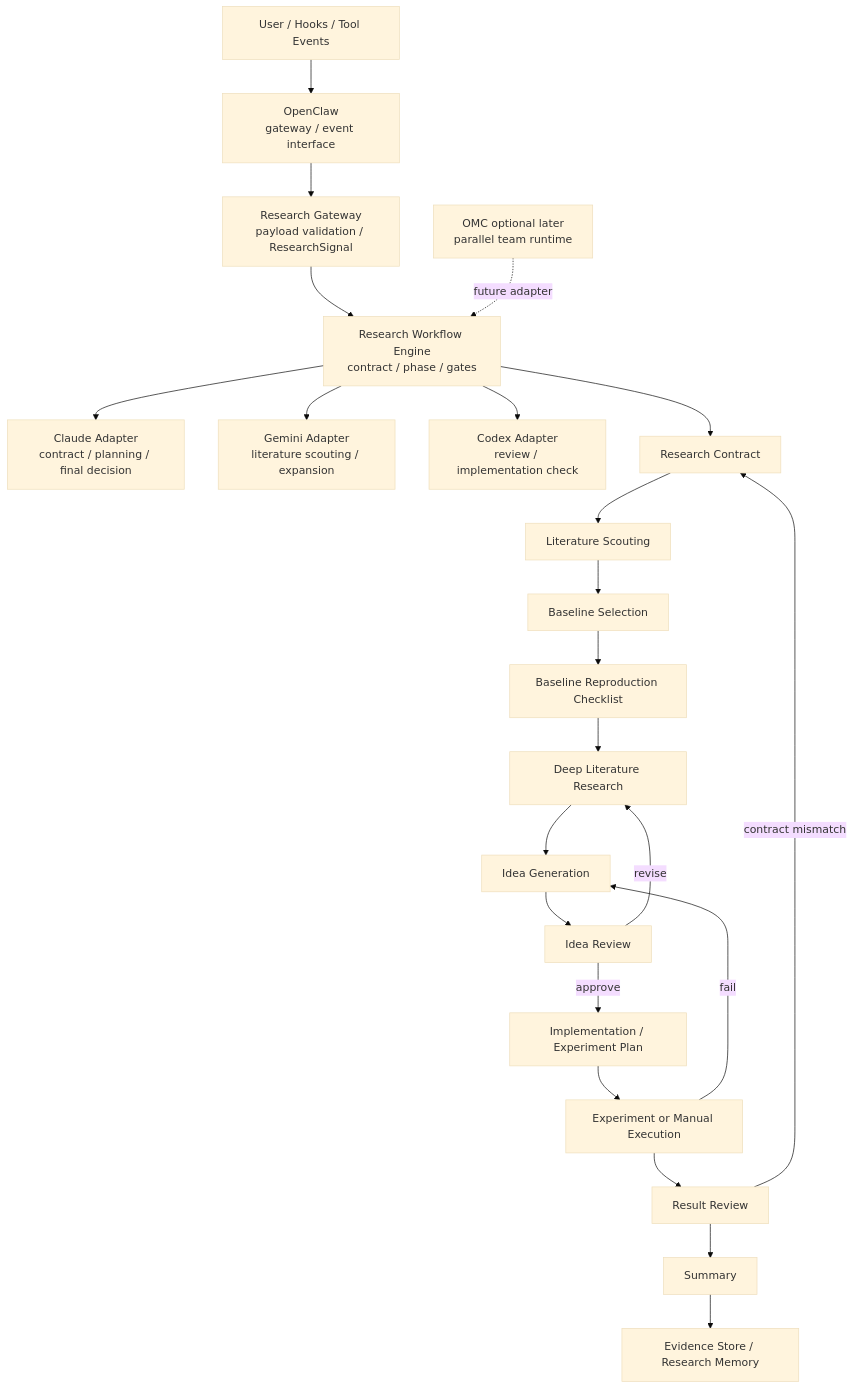
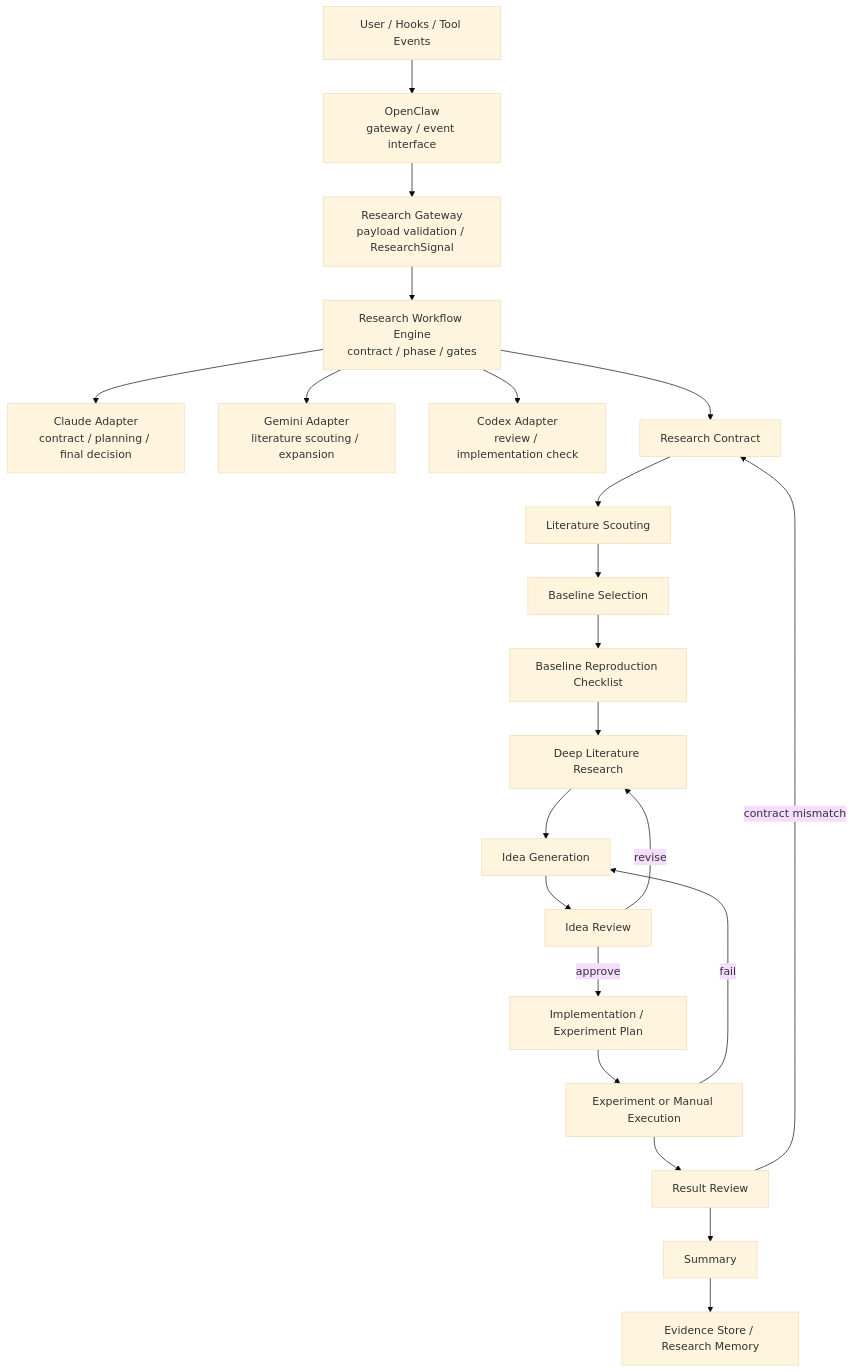
The diagram in 科研助手架构批判分析.md (silence-breaker/ResearchClaw), drawn with Mermaid (base theme) before and after one commit. The commit also changed other lines of this file and 4174 other files, not shown here.

````diff
--- a/科研助手架构批判分析.md
+++ b/科研助手架构批判分析.md
@@ -208,28 +203,26 @@
 ```mermaid
 flowchart TB
   U[User / Hooks / Tool Events] --> OC[OpenClaw<br/>gateway / event interface]
   OC --> RG[Research Gateway<br/>payload validation / ResearchSignal]
   RG --> RWE[Research Workflow Engine<br/>contract / phase / gates]
 
   RWE --> C1[Claude Adapter<br/>contract / planning / final decision]
   RWE --> G1[Gemini Adapter<br/>literature scouting / expansion]
   RWE --> X1[Codex Adapter<br/>review / implementation check]
 
   RWE --> A[Research Contract]
   A --> B[Literature Scouting]
   B --> C[Baseline Selection]
   C --> D[Baseline Reproduction Checklist]
   D --> E[Deep Literature Research]
   E --> F[Idea Generation]
   F --> G[Idea Review]
   G -->|revise| E
   G -->|approve| I[Implementation / Experiment Plan]
   I --> J[Experiment or Manual Execution]
   J --> K[Result Review]
   K --> L[Summary]
   L --> M[Evidence Store / Research Memory]
   J -->|fail| F
   K -->|contract mismatch| A
-
-  OMCO[OMC optional later<br/>parallel team runtime] -. future adapter .-> RWE
 ```
````
